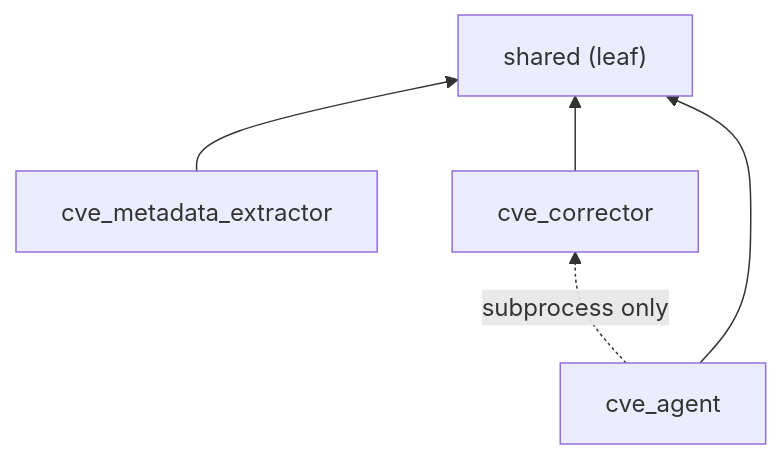
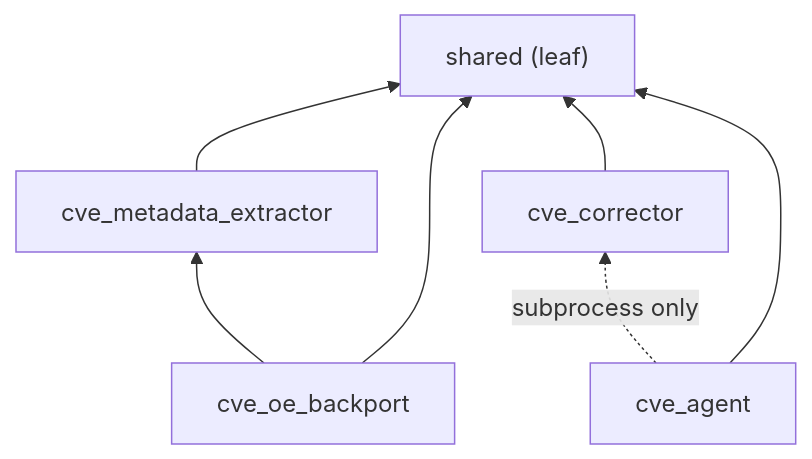
Before and after one commit to Ericsson/yocto-security-tools: the second of 6 diagrams in .agents/summary/architecture.md, drawn with Mermaid. The commit also changed other lines of this file and 8 other files, not shown here.

First line of the commit message:
docs: document cve-oe-backport and shared.patch

````diff
--- a/.agents/summary/architecture.md
+++ b/.agents/summary/architecture.md
@@ -31,11 +31,14 @@
 ```mermaid
 graph BT
     shared["shared (leaf)"]
     extractor["cve_metadata_extractor"]
+    backport["cve_oe_backport"]
     corrector["cve_corrector"]
     agent["cve_agent"]
     extractor --> shared
+    backport --> extractor
+    backport --> shared
     corrector --> shared
     agent --> shared
     agent -.->|subprocess only| corrector
 ```
````
